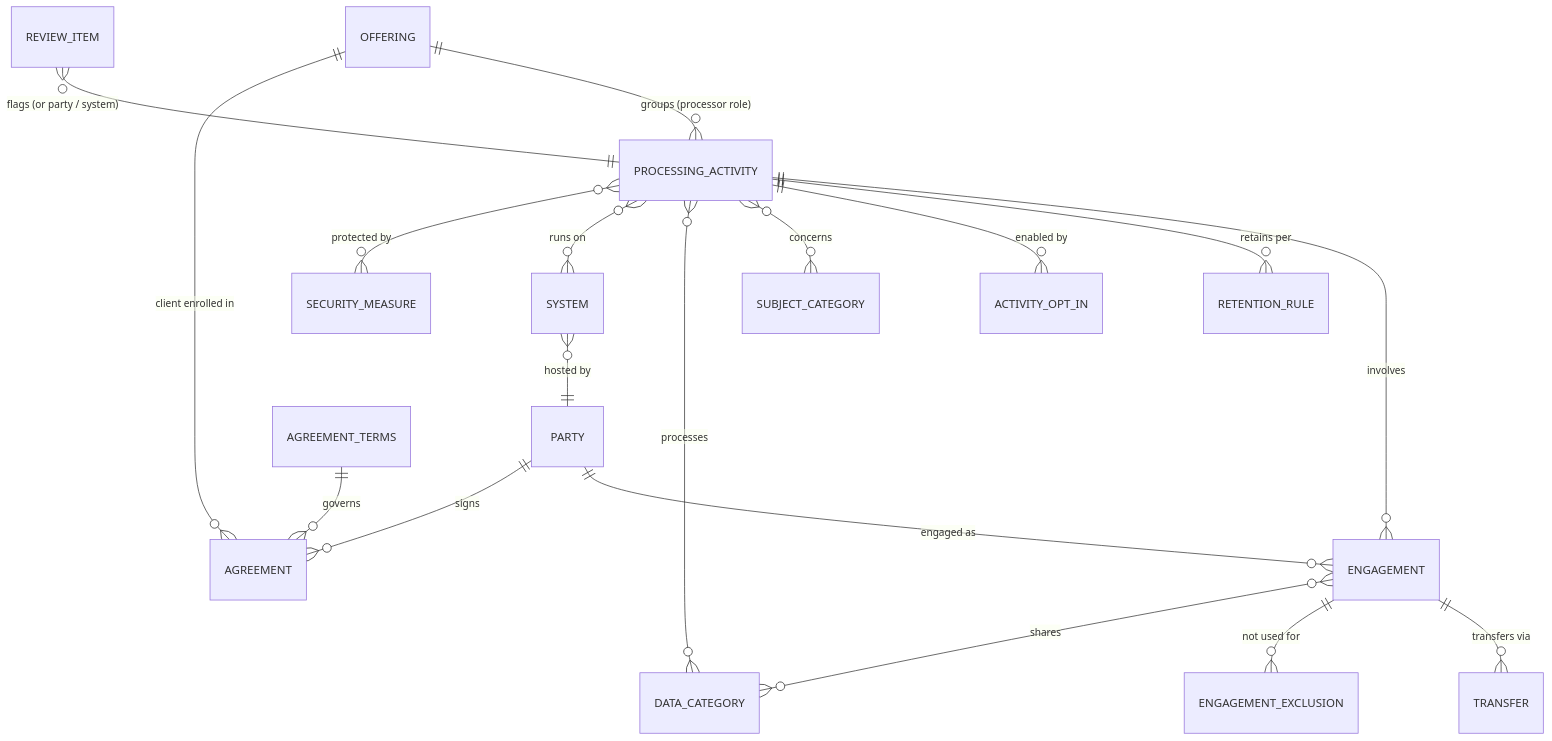
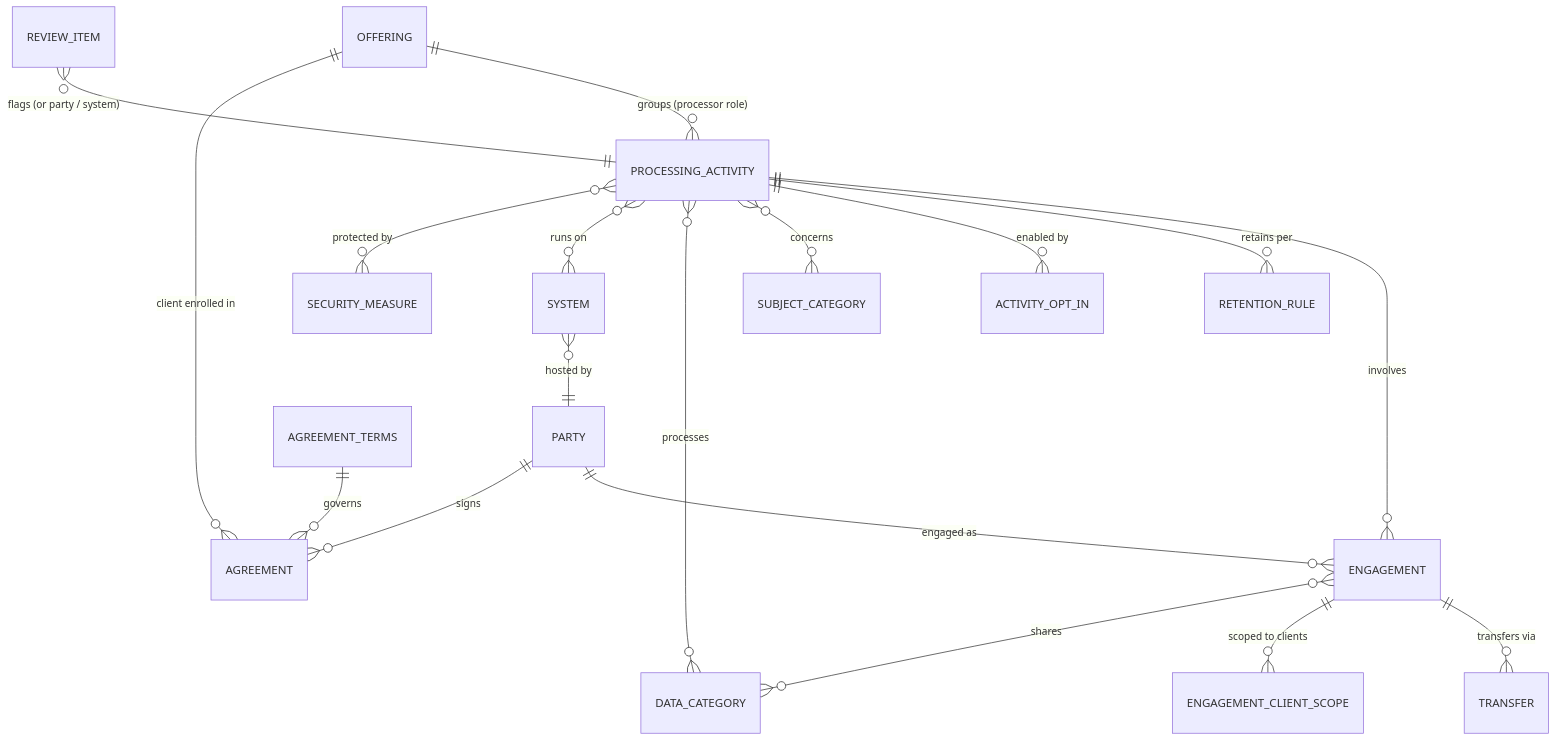
The diagram in design/ropa-data-model.md (rulemark/rulemark-governance), drawn with Mermaid before and after one commit. The commit also changed other lines of this file and 1 other file, not shown here.

````diff
--- a/design/ropa-data-model.md
+++ b/design/ropa-data-model.md
@@ -21,20 +21,20 @@
 ```mermaid
 erDiagram
     OFFERING ||--o{ PROCESSING_ACTIVITY : "groups (processor role)"
     PROCESSING_ACTIVITY ||--o{ ENGAGEMENT : "involves"
     PARTY ||--o{ ENGAGEMENT : "engaged as"
     ENGAGEMENT ||--o{ TRANSFER : "transfers via"
-    ENGAGEMENT ||--o{ ENGAGEMENT_EXCLUSION : "not used for"
+    ENGAGEMENT ||--o{ ENGAGEMENT_CLIENT_SCOPE : "scoped to clients"
     PROCESSING_ACTIVITY ||--o{ RETENTION_RULE : "retains per"
     PROCESSING_ACTIVITY ||--o{ ACTIVITY_OPT_IN : "enabled by"
     AGREEMENT_TERMS ||--o{ AGREEMENT : "governs"
     PARTY ||--o{ AGREEMENT : "signs"
     OFFERING ||--o{ AGREEMENT : "client enrolled in"
     PROCESSING_ACTIVITY }o--o{ SUBJECT_CATEGORY : "concerns"
     PROCESSING_ACTIVITY }o--o{ DATA_CATEGORY : "processes"
     ENGAGEMENT }o--o{ DATA_CATEGORY : "shares"
     PROCESSING_ACTIVITY }o--o{ SYSTEM : "runs on"
     PROCESSING_ACTIVITY }o--o{ SECURITY_MEASURE : "protected by"
     SYSTEM }o--|| PARTY : "hosted by"
     REVIEW_ITEM }o--|| PROCESSING_ACTIVITY : "flags (or party / system)"
 ```
````
